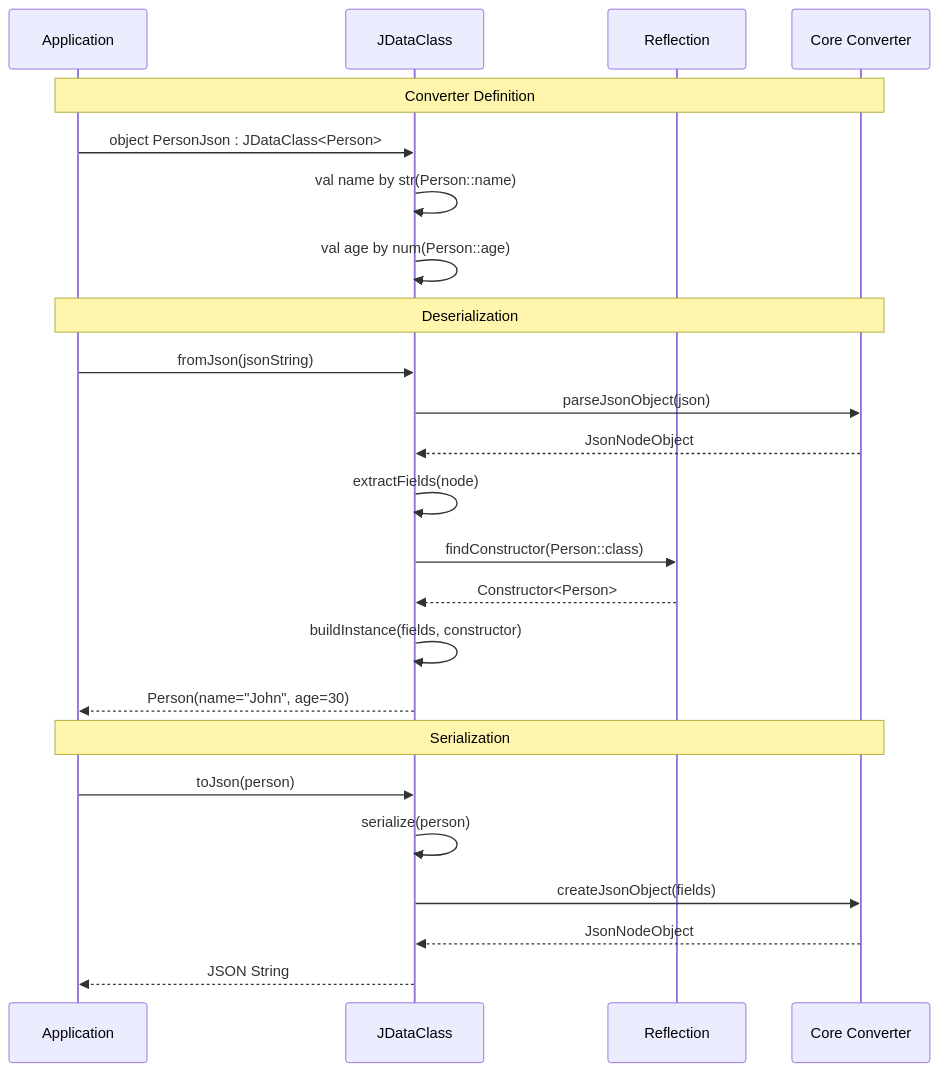
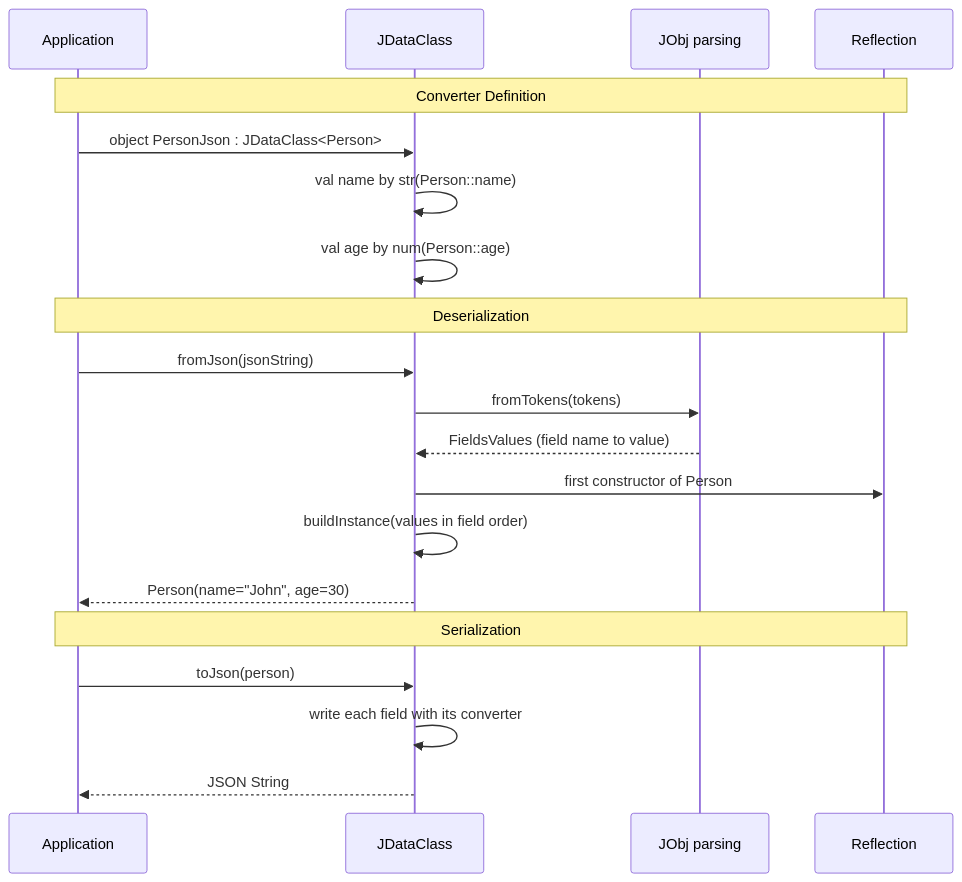
One commit to uberto/kondor-json changed the second of 4 diagrams in docs/kondor-auto.md. Above: the diagram before and after it, drawn with Mermaid. The commit also changed other lines of this file and 12 other files, not shown here.

````diff
--- a/docs/kondor-auto.md
+++ b/docs/kondor-auto.md
@@ -77,26 +80,22 @@
 ```mermaid
 sequenceDiagram
     participant App as Application
     participant JDC as JDataClass
+    participant Obj as JObj parsing
     participant Refl as Reflection
-    participant Core as Core Converter
-    Note over App, Core: Converter Definition
+    Note over App, Refl: Converter Definition
     App ->> JDC: object PersonJson : JDataClass<Person>
     JDC ->> JDC: val name by str(Person::name)
     JDC ->> JDC: val age by num(Person::age)
-    Note over App, Core: Deserialization
+    Note over App, Refl: Deserialization
     App ->> JDC: fromJson(jsonString)
-    JDC ->> Core: parseJsonObject(json)
-    Core -->> JDC: JsonNodeObject
-    JDC ->> JDC: extractFields(node)
-    JDC ->> Refl: findConstructor(Person::class)
-    Refl -->> JDC: Constructor<Person>
-    JDC ->> JDC: buildInstance(fields, constructor)
+    JDC ->> Obj: fromTokens(tokens)
+    Obj -->> JDC: FieldsValues (field name to value)
+    JDC ->> Refl: first constructor of Person
+    JDC ->> JDC: buildInstance(values in field order)
     JDC -->> App: Person(name="John", age=30)
-    Note over App, Core: Serialization
+    Note over App, Refl: Serialization
     App ->> JDC: toJson(person)
-    JDC ->> JDC: serialize(person)
-    JDC ->> Core: createJsonObject(fields)
-    Core -->> JDC: JsonNodeObject
+    JDC ->> JDC: write each field with its converter
     JDC -->> App: JSON String
 ```
````
